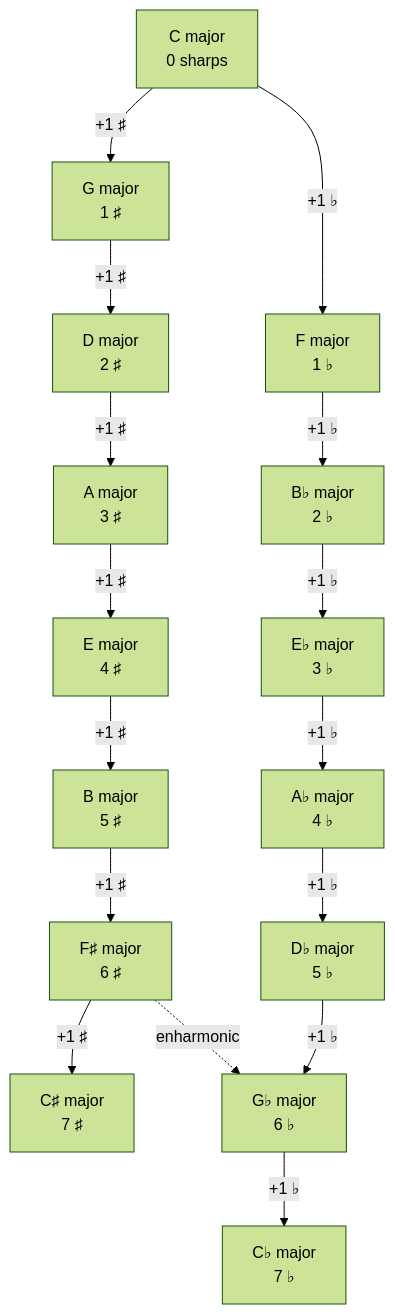
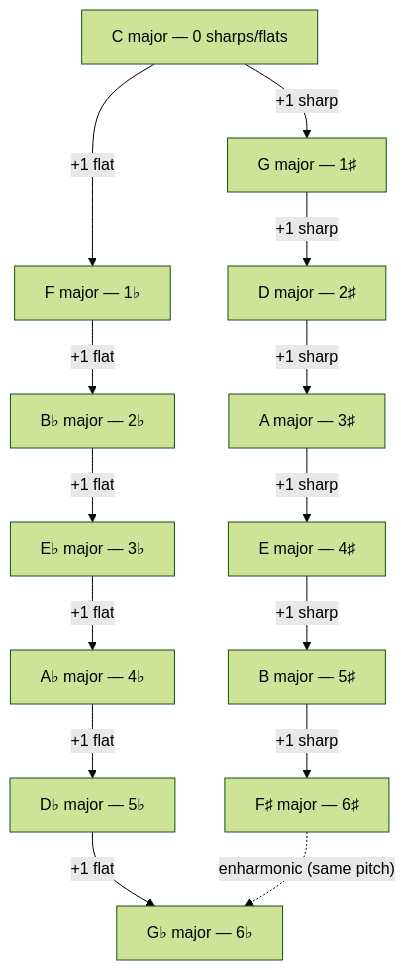
Before and after one commit to blebleblee/synapse: the fourth of 4 diagrams in topics/arts/composition/music_theory/labs.md, drawn with Mermaid (forest theme). The commit also changed other lines of this file and 4 other files, not shown here.

````diff
--- a/topics/arts/composition/music_theory/labs.md
+++ b/topics/arts/composition/music_theory/labs.md
@@ -110,18 +196,16 @@
 ```mermaid
 graph TD
-    C["C major<br/>0 sharps"] -->|"+1 ♯"| G["G major<br/>1 ♯"]
-    G -->|"+1 ♯"| D["D major<br/>2 ♯"]
-    D -->|"+1 ♯"| A["A major<br/>3 ♯"]
-    A -->|"+1 ♯"| E["E major<br/>4 ♯"]
-    E -->|"+1 ♯"| B["B major<br/>5 ♯"]
-    B -->|"+1 ♯"| Fs["F♯ major<br/>6 ♯"]
-    Fs -->|"+1 ♯"| Cs["C♯ major<br/>7 ♯"]
-    C -->|"+1 ♭"| F["F major<br/>1 ♭"]
-    F -->|"+1 ♭"| Bb["B♭ major<br/>2 ♭"]
-    Bb -->|"+1 ♭"| Eb["E♭ major<br/>3 ♭"]
-    Eb -->|"+1 ♭"| Ab["A♭ major<br>4 ♭"]
-    Ab -->|"+1 ♭"| Db["D♭ major<br/>5 ♭"]
-    Db -->|"+1 ♭"| Gb["G♭ major<br/>6 ♭"]
-    Gb -->|"+1 ♭"| Cb["C♭ major<br/>7 ♭"]
-    Fs -.->|"enharmonic"| Gb
+    C["C major — 0 sharps/flats"] -->|"+1 sharp"| G["G major — 1♯"]
+    G -->|"+1 sharp"| D["D major — 2♯"]
+    D -->|"+1 sharp"| A["A major — 3♯"]
+    A -->|"+1 sharp"| E["E major — 4♯"]
+    E -->|"+1 sharp"| B["B major — 5♯"]
+    B -->|"+1 sharp"| Fs["F♯ major — 6♯"]
+    C -->|"+1 flat"| F["F major — 1♭"]
+    F -->|"+1 flat"| Bb["B♭ major — 2♭"]
+    Bb -->|"+1 flat"| Eb["E♭ major — 3♭"]
+    Eb -->|"+1 flat"| Ab["A♭ major — 4♭"]
+    Ab -->|"+1 flat"| Db["D♭ major — 5♭"]
+    Db -->|"+1 flat"| Gb["G♭ major — 6♭"]
+    Fs -.->|"enharmonic (same pitch)"| Gb
 ```
````
